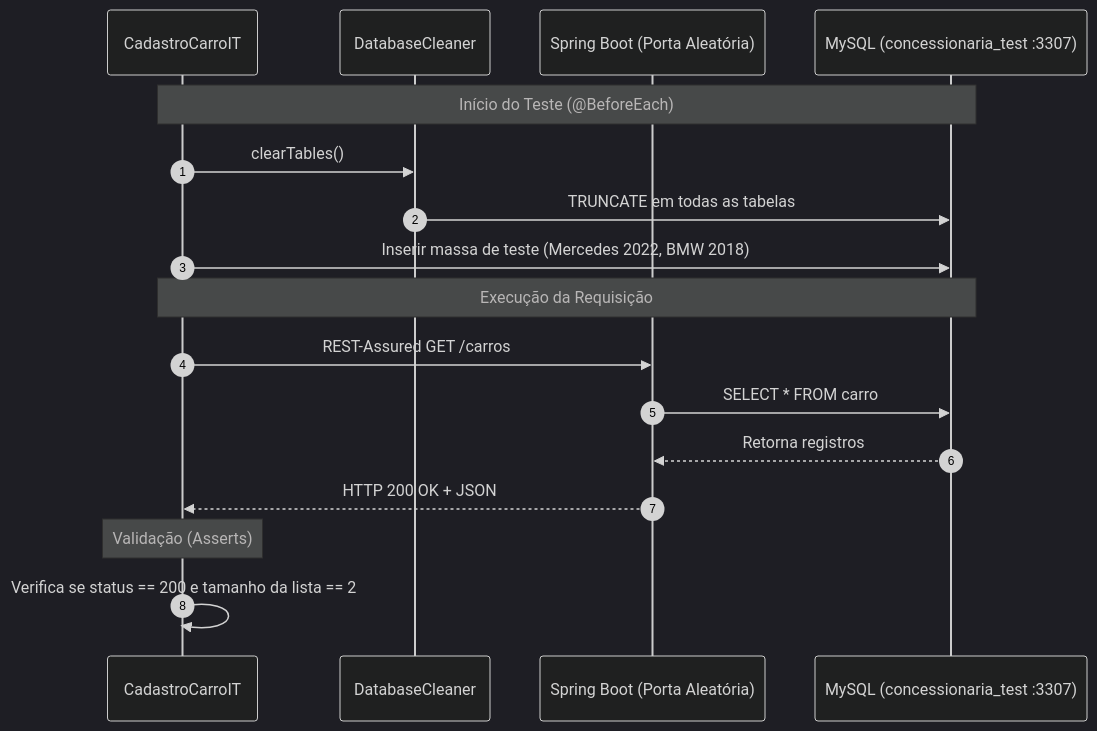
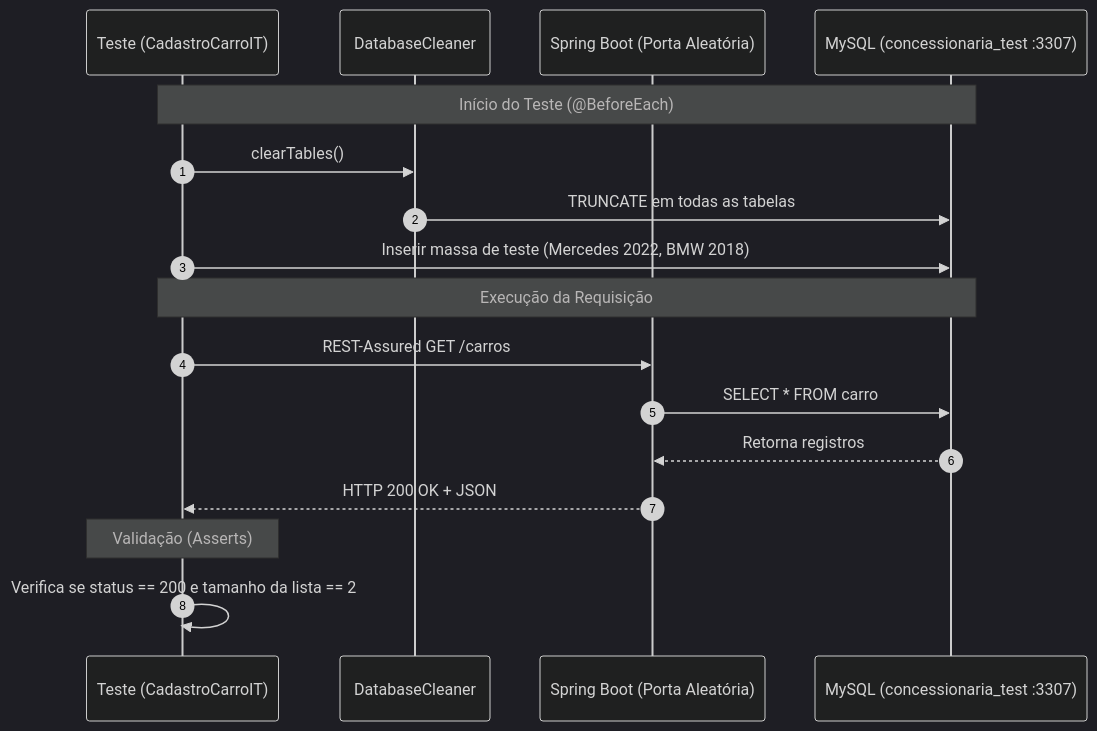
One commit to gomez1983/concessionariaGomez changed the second of 2 diagrams in docs/GUIA_CONCEITOS_E_ARQUITETURA.md. Above: the diagram before and after it, drawn with Mermaid (dark theme). The commit also changed other lines of this file and 2 other files, not shown here.

````diff
--- a/docs/GUIA_CONCEITOS_E_ARQUITETURA.md
+++ b/docs/GUIA_CONCEITOS_E_ARQUITETURA.md
@@ -145,22 +151,22 @@
 ```mermaid
 sequenceDiagram
     autonumber
-    participant IT as CadastroCarroIT
+    participant IT as Teste (CadastroCarroIT)
     participant Cleaner as DatabaseCleaner
     participant Server as Spring Boot (Porta Aleatória)
     participant MySQL as MySQL (concessionaria_test :3307)
 
     Note over IT,MySQL: Início do Teste (@BeforeEach)
     IT->>Cleaner: clearTables()
     Cleaner->>MySQL: TRUNCATE em todas as tabelas
     IT->>MySQL: Inserir massa de teste (Mercedes 2022, BMW 2018)
     
     Note over IT,MySQL: Execução da Requisição
     IT->>Server: REST-Assured GET /carros
     Server->>MySQL: SELECT * FROM carro
     MySQL-->>Server: Retorna registros
     Server-->>IT: HTTP 200 OK + JSON
     
     Note over IT: Validação (Asserts)
     IT->>IT: Verifica se status == 200 e tamanho da lista == 2
 ```
````
